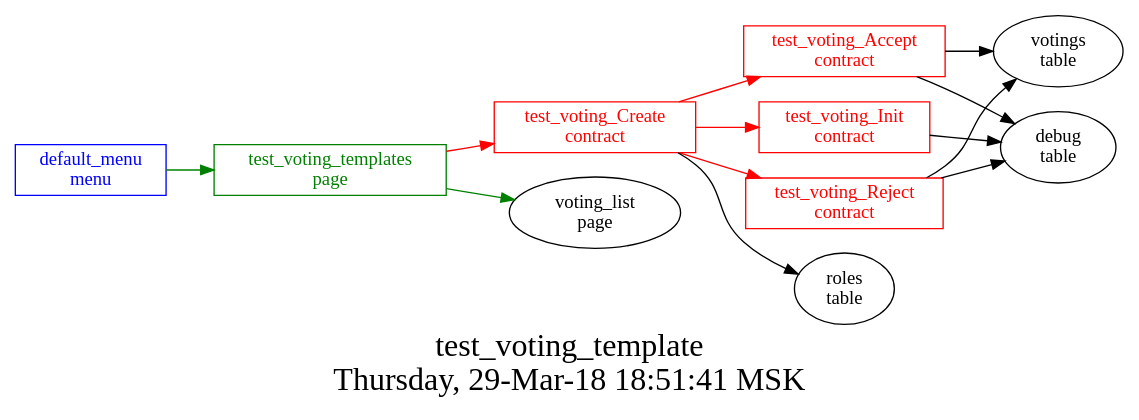
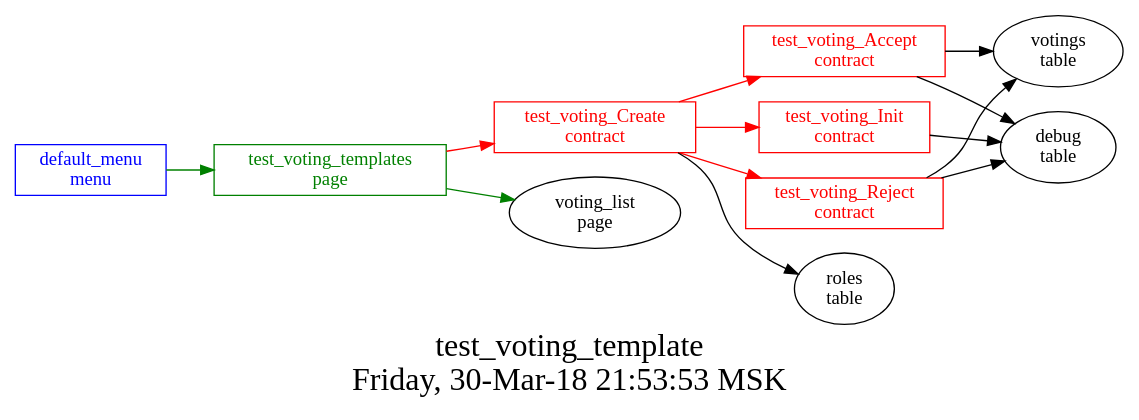
The diagram in src/basic/basic_main/test_voting_templates/struct.dot (AplaProject/apps), drawn with Graphviz before and after one commit. The commit also changed 12 other files, not shown here.

```diff
--- a/src/basic/basic_main/test_voting_templates/struct.dot
+++ b/src/basic/basic_main/test_voting_templates/struct.dot
@@ -1,29 +1,29 @@
 digraph G {
 graph [
   fontsize="24";
-  label="test_voting_template\nThursday, 29-Mar-18 18:51:41 MSK";
+  label="test_voting_template\nFriday, 30-Mar-18 21:53:53 MSK";
   nojustify=true;
   ordering=out;
   rankdir=LR;
   size="30";
 ];
 "default_menu\nmenu" -> "test_voting_templates\npage"  [ color=green ]
 "default_menu\nmenu" [color=blue, fontcolor=blue, group=menus, shape=record];
 "test_voting_templates\npage" -> "test_voting_Create\ncontract"  [ color=red ]
 "test_voting_templates\npage" -> "voting_list\npage"  [ color=green ]
 "test_voting_templates\npage" [color=green, fontcolor=green, group=pages, shape=record];
 "test_voting_Accept\ncontract" -> "votings\ntable"  [ color="" ]
 "test_voting_Accept\ncontract" -> "debug\ntable"  [ color="" ]
 "test_voting_Accept\ncontract" [color=red, fontcolor=red, group=contracts, shape=record];
 "test_voting_Create\ncontract" -> "test_voting_Accept\ncontract"  [ color=red ]
 "test_voting_Create\ncontract" -> "test_voting_Init\ncontract"  [ color=red ]
 "test_voting_Create\ncontract" -> "test_voting_Reject\ncontract"  [ color=red ]
 "test_voting_Create\ncontract" -> "roles\ntable"  [ color="" ]
 "test_voting_Create\ncontract" [color=red, fontcolor=red, group=contracts, shape=record];
 "test_voting_Init\ncontract" -> "debug\ntable"  [ color="" ]
 "test_voting_Init\ncontract" [color=red, fontcolor=red, group=contracts, shape=record];
 "test_voting_Reject\ncontract" -> "votings\ntable"  [ color="" ]
 "test_voting_Reject\ncontract" -> "debug\ntable"  [ color="" ]
 "test_voting_Reject\ncontract" [color=red, fontcolor=red, group=contracts, shape=record];
 "debug\ntable" [color="", fontcolor="", group=tables, shape=""];
 }
```
